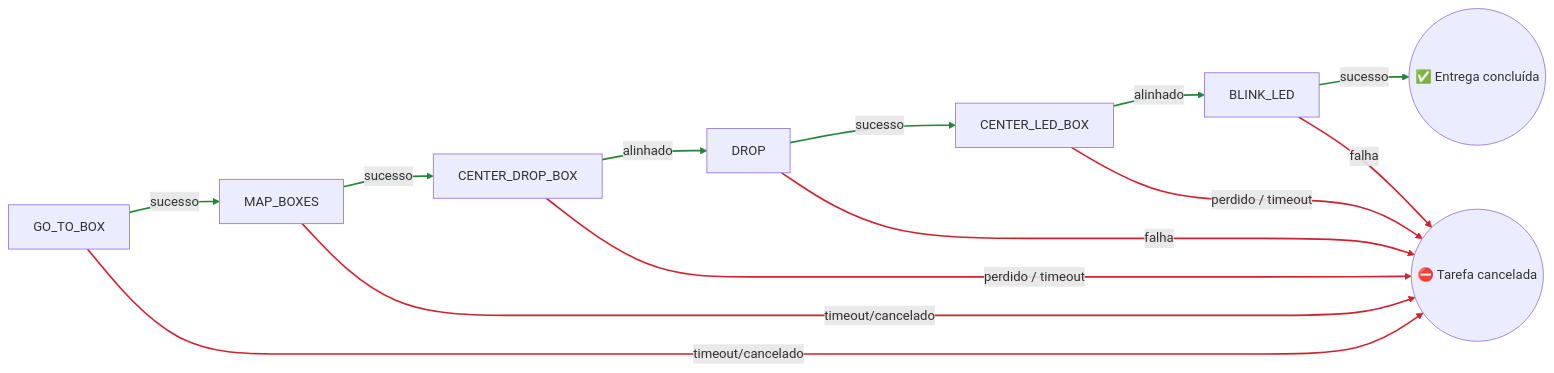
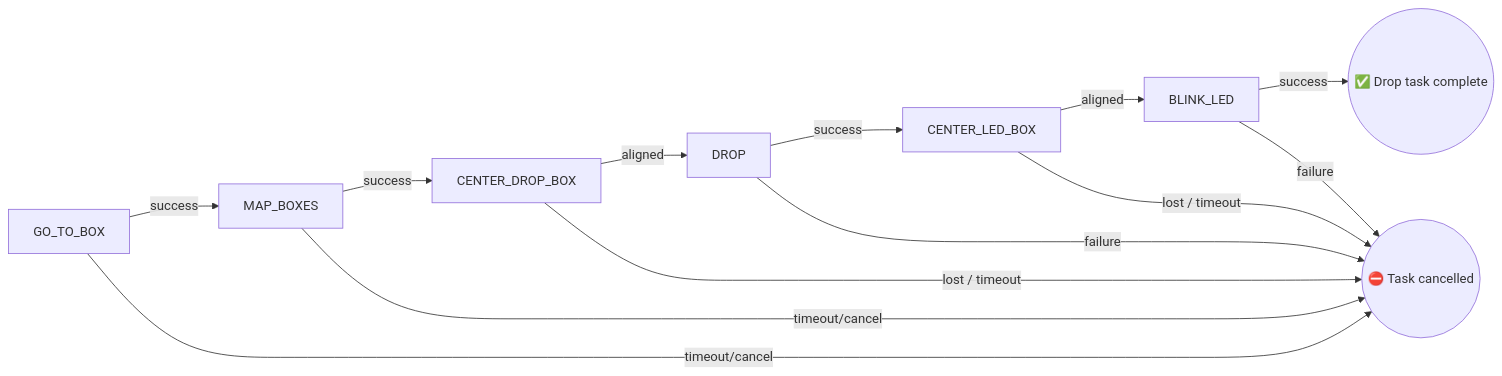
The fifth of 7 diagrams in indoor/README.md (Black-Bee-Drones/imav-2026), drawn with Mermaid before and after one commit. The commit also changed other lines of this file and 13 other files, not shown here.

````diff
--- a/indoor/README.md
+++ b/indoor/README.md
@@ -278,18 +256,15 @@
 ```mermaid
 flowchart LR
-    A[GO_TO_BOX] -->|sucesso| B[MAP_BOXES]
-    B -->|sucesso| C[CENTER_DROP_BOX]
-    C -->|alinhado| D[DROP]
-    D -->|sucesso| E[CENTER_LED_BOX]
-    E -->|alinhado| F[BLINK_LED]
-    F -->|sucesso| G((✅ Entrega concluída))
-    A -->|timeout/cancelado| X((⛔ Tarefa cancelada))
-    B -->|timeout/cancelado| X
-    C -->|perdido / timeout| X
-    D -->|falha| X
-    E -->|perdido / timeout| X
-    F -->|falha| X
-
-    linkStyle 0,1,2,3,4,5 stroke:#238636,stroke-width:2px
-    linkStyle 6,7,8,9,10,11 stroke:#cf222e,stroke-width:2px
+    A[GO_TO_BOX] -->|success| B[MAP_BOXES]
+    B -->|success| C[CENTER_DROP_BOX]
+    C -->|aligned| D[DROP]
+    D -->|success| E[CENTER_LED_BOX]
+    E -->|aligned| F[BLINK_LED]
+    F -->|success| G((✅ Drop task complete))
+    A -->|timeout/cancel| X((⛔ Task cancelled))
+    B -->|timeout/cancel| X
+    C -->|lost / timeout| X
+    D -->|failure| X
+    E -->|lost / timeout| X
+    F -->|failure| X
 ```
````
